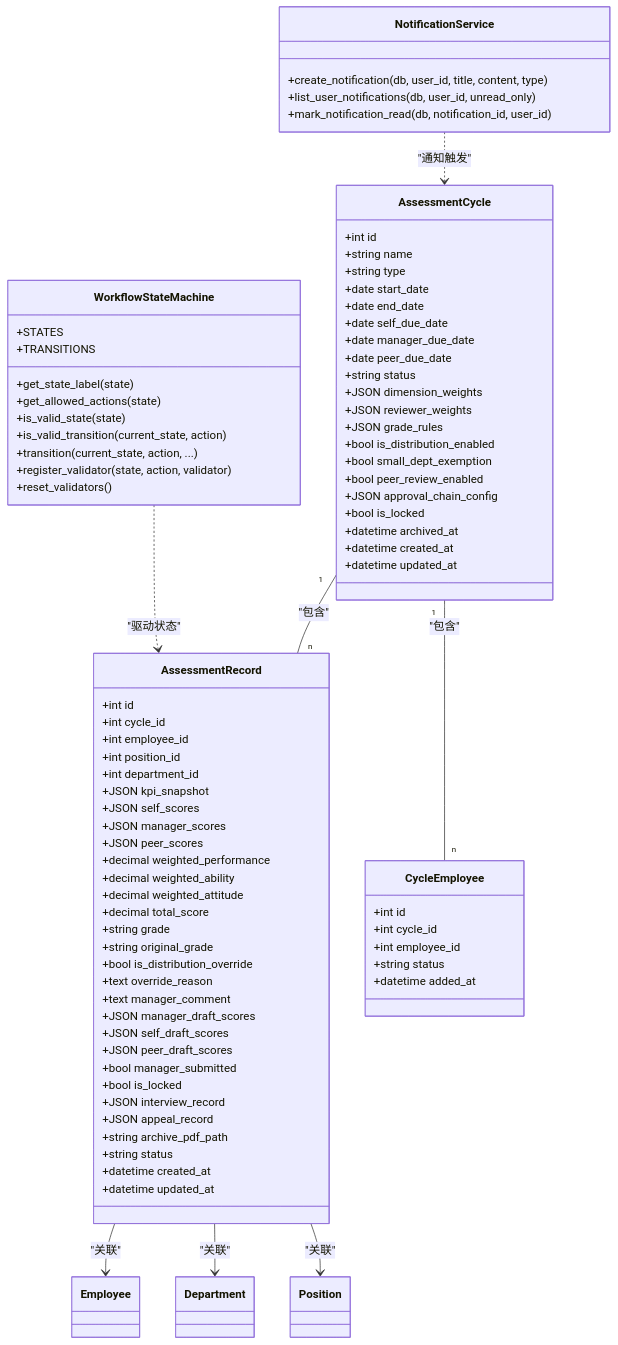
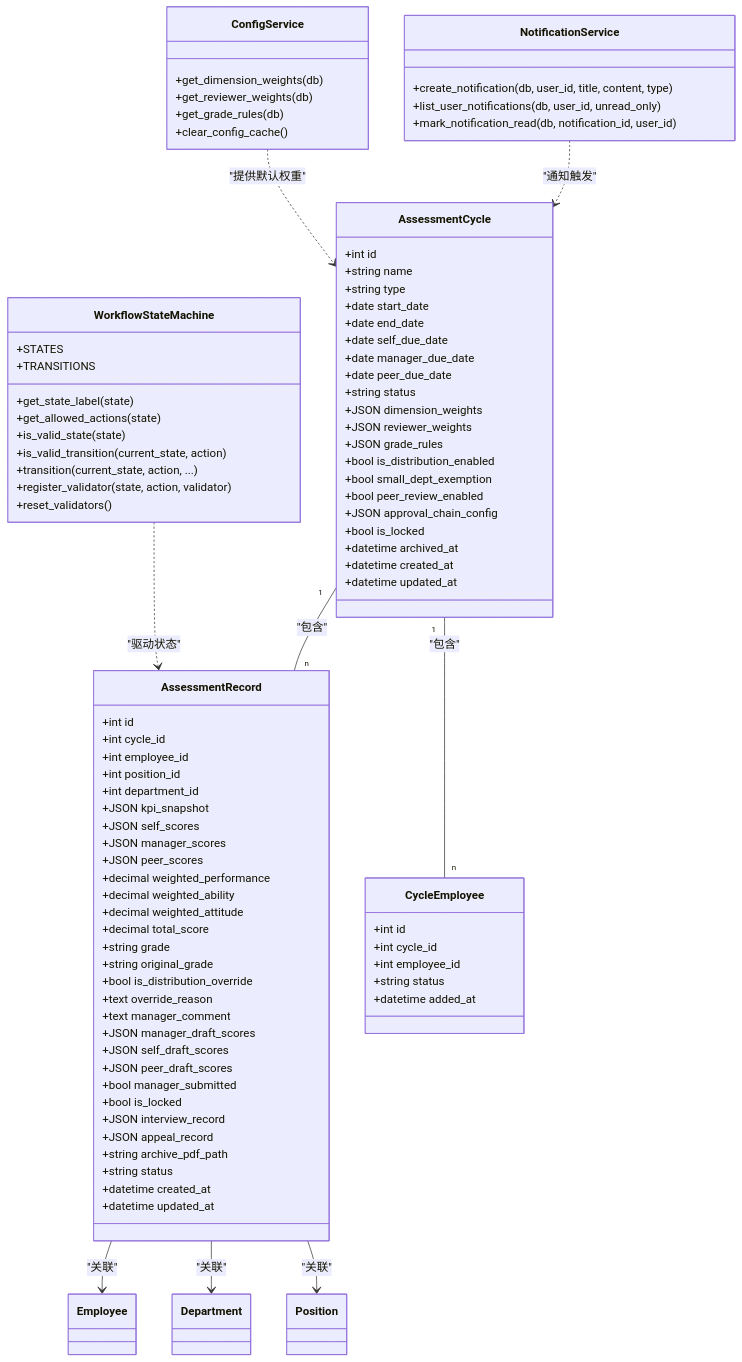
One commit to xgd561/performance_evaluation_system changed the sixth of 6 diagrams in .qoder/repowiki/zh/content/API参考文档/考核周期API.md. Above: the diagram before and after it, drawn with Mermaid. The commit also changed other lines of this file and 136 other files, not shown here.

````diff
--- a/.qoder/repowiki/zh/content/API参考文档/考核周期API.md
+++ b/.qoder/repowiki/zh/content/API参考文档/考核周期API.md
@@ -479,6 +509,12 @@
 +list_user_notifications(db, user_id, unread_only)
 +mark_notification_read(db, notification_id, user_id)
 }
+class ConfigService {
++get_dimension_weights(db)
++get_reviewer_weights(db)
++get_grade_rules(db)
++clear_config_cache()
+}
 AssessmentCycle "1" -- "n" AssessmentRecord : "包含"
 AssessmentCycle "1" -- "n" CycleEmployee : "包含"
 AssessmentRecord --> Employee : "关联"
@@ -486,4 +522,5 @@
 AssessmentRecord --> Position : "关联"
 WorkflowStateMachine ..> AssessmentRecord : "驱动状态"
 NotificationService ..> AssessmentCycle : "通知触发"
+ConfigService ..> AssessmentCycle : "提供默认权重"
 ```
````
